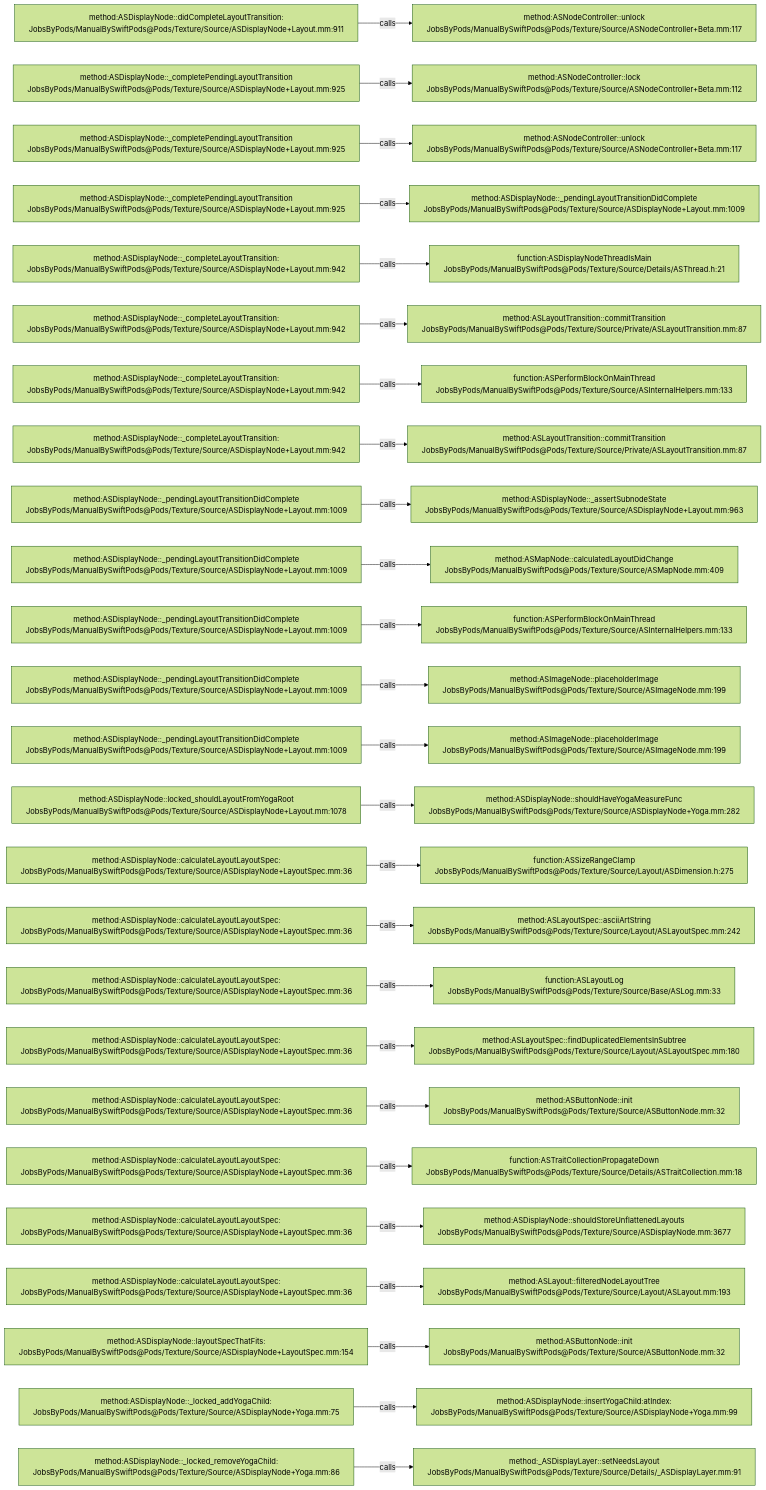
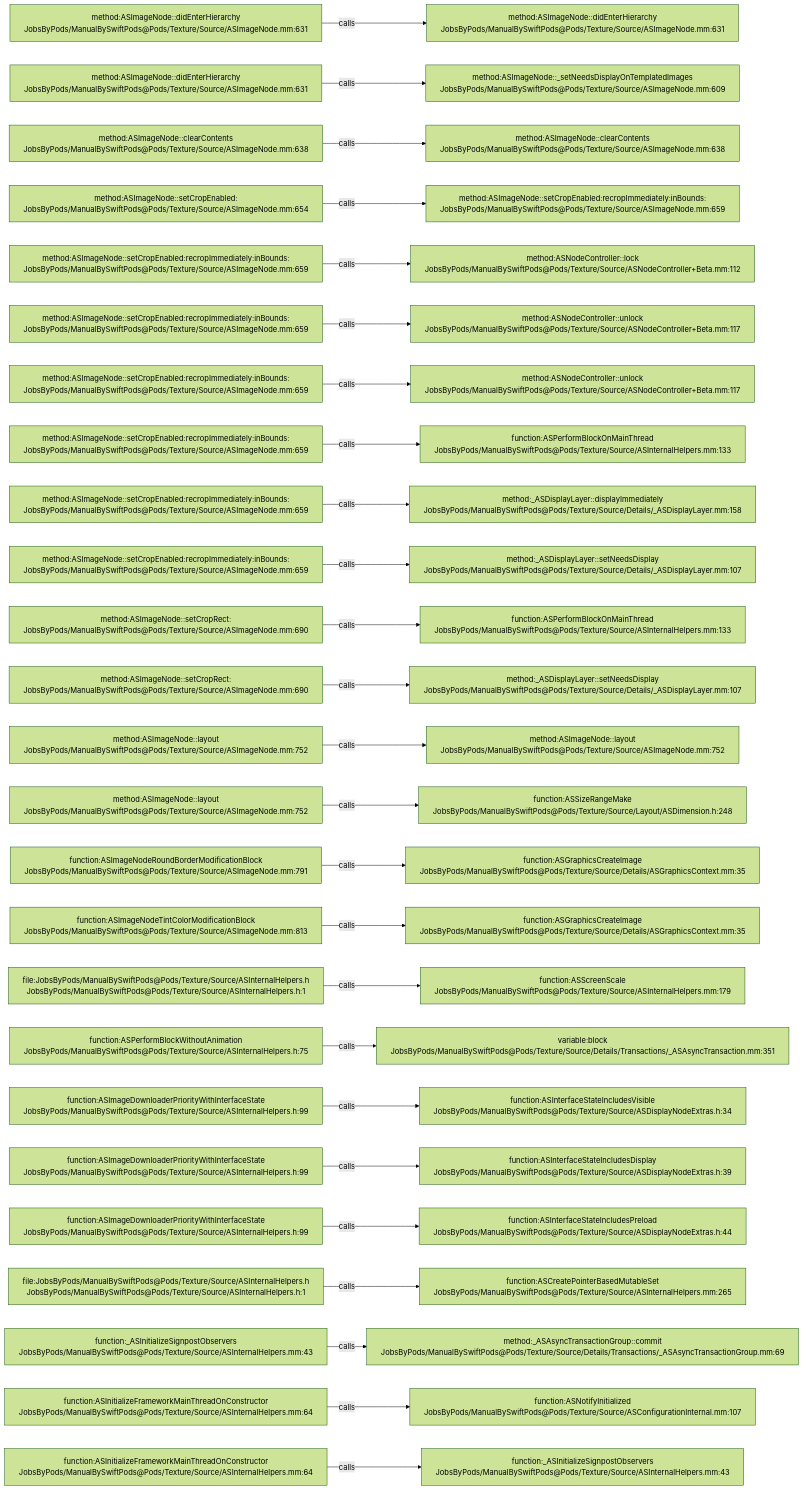
One commit to JobsKits/JobsSwiftBaseConfigDemo changed the diagram in .codegraph/codegraph.md/graphs/calls-043.md. Above: the diagram before and after it, drawn with Mermaid (forest theme). The commit also changed 832 other files, not shown here.

````diff
--- a/.codegraph/codegraph.md/graphs/calls-043.md
+++ b/.codegraph/codegraph.md/graphs/calls-043.md
@@ -13,78 +13,78 @@
 ```mermaid
 flowchart LR
-  S1["method:ASDisplayNode::didCompleteLayoutTransition:<br/>JobsByPods/ManualBySwiftPods@Pods/Texture/Source/ASDisplayNode+Layout.mm:911"]
-  T1["method:ASNodeController::unlock<br/>JobsByPods/ManualBySwiftPods@Pods/Texture/Source/ASNodeController+Beta.mm:117"]
+  S1["method:ASImageNode::didEnterHierarchy<br/>JobsByPods/ManualBySwiftPods@Pods/Texture/Source/ASImageNode.mm:631"]
+  T1["method:ASImageNode::didEnterHierarchy<br/>JobsByPods/ManualBySwiftPods@Pods/Texture/Source/ASImageNode.mm:631"]
   S1 -->|calls| T1
-  S2["method:ASDisplayNode::_completePendingLayoutTransition<br/>JobsByPods/ManualBySwiftPods@Pods/Texture/Source/ASDisplayNode+Layout.mm:925"]
-  T2["method:ASNodeController::lock<br/>JobsByPods/ManualBySwiftPods@Pods/Texture/Source/ASNodeController+Beta.mm:112"]
+  S2["method:ASImageNode::didEnterHierarchy<br/>JobsByPods/ManualBySwiftPods@Pods/Texture/Source/ASImageNode.mm:631"]
+  T2["method:ASImageNode::_setNeedsDisplayOnTemplatedImages<br/>JobsByPods/ManualBySwiftPods@Pods/Texture/Source/ASImageNode.mm:609"]
   S2 -->|calls| T2
-  S3["method:ASDisplayNode::_completePendingLayoutTransition<br/>JobsByPods/ManualBySwiftPods@Pods/Texture/Source/ASDisplayNode+Layout.mm:925"]
-  T3["method:ASNodeController::unlock<br/>JobsByPods/ManualBySwiftPods@Pods/Texture/Source/ASNodeController+Beta.mm:117"]
+  S3["method:ASImageNode::clearContents<br/>JobsByPods/ManualBySwiftPods@Pods/Texture/Source/ASImageNode.mm:638"]
+  T3["method:ASImageNode::clearContents<br/>JobsByPods/ManualBySwiftPods@Pods/Texture/Source/ASImageNode.mm:638"]
   S3 -->|calls| T3
-  S4["method:ASDisplayNode::_completePendingLayoutTransition<br/>JobsByPods/ManualBySwiftPods@Pods/Texture/Source/ASDisplayNode+Layout.mm:925"]
-  T4["method:ASDisplayNode::_pendingLayoutTransitionDidComplete<br/>JobsByPods/ManualBySwiftPods@Pods/Texture/Source/ASDisplayNode+Layout.mm:1009"]
+  S4["method:ASImageNode::setCropEnabled:<br/>JobsByPods/ManualBySwiftPods@Pods/Texture/Source/ASImageNode.mm:654"]
+  T4["method:ASImageNode::setCropEnabled:recropImmediately:inBounds:<br/>JobsByPods/ManualBySwiftPods@Pods/Texture/Source/ASImageNode.mm:659"]
   S4 -->|calls| T4
-  S5["method:ASDisplayNode::_completeLayoutTransition:<br/>JobsByPods/ManualBySwiftPods@Pods/Texture/Source/ASDisplayNode+Layout.mm:942"]
-  T5["function:ASDisplayNodeThreadIsMain<br/>JobsByPods/ManualBySwiftPods@Pods/Texture/Source/Details/ASThread.h:21"]
+  S5["method:ASImageNode::setCropEnabled:recropImmediately:inBounds:<br/>JobsByPods/ManualBySwiftPods@Pods/Texture/Source/ASImageNode.mm:659"]
+  T5["method:ASNodeController::lock<br/>JobsByPods/ManualBySwiftPods@Pods/Texture/Source/ASNodeController+Beta.mm:112"]
   S5 -->|calls| T5
-  S6["method:ASDisplayNode::_completeLayoutTransition:<br/>JobsByPods/ManualBySwiftPods@Pods/Texture/Source/ASDisplayNode+Layout.mm:942"]
-  T6["method:ASLayoutTransition::commitTransition<br/>JobsByPods/ManualBySwiftPods@Pods/Texture/Source/Private/ASLayoutTransition.mm:87"]
+  S6["method:ASImageNode::setCropEnabled:recropImmediately:inBounds:<br/>JobsByPods/ManualBySwiftPods@Pods/Texture/Source/ASImageNode.mm:659"]
+  T6["method:ASNodeController::unlock<br/>JobsByPods/ManualBySwiftPods@Pods/Texture/Source/ASNodeController+Beta.mm:117"]
   S6 -->|calls| T6
-  S7["method:ASDisplayNode::_completeLayoutTransition:<br/>JobsByPods/ManualBySwiftPods@Pods/Texture/Source/ASDisplayNode+Layout.mm:942"]
-  T7["function:ASPerformBlockOnMainThread<br/>JobsByPods/ManualBySwiftPods@Pods/Texture/Source/ASInternalHelpers.mm:133"]
+  S7["method:ASImageNode::setCropEnabled:recropImmediately:inBounds:<br/>JobsByPods/ManualBySwiftPods@Pods/Texture/Source/ASImageNode.mm:659"]
+  T7["method:ASNodeController::unlock<br/>JobsByPods/ManualBySwiftPods@Pods/Texture/Source/ASNodeController+Beta.mm:117"]
   S7 -->|calls| T7
-  S8["method:ASDisplayNode::_completeLayoutTransition:<br/>JobsByPods/ManualBySwiftPods@Pods/Texture/Source/ASDisplayNode+Layout.mm:942"]
-  T8["method:ASLayoutTransition::commitTransition<br/>JobsByPods/ManualBySwiftPods@Pods/Texture/Source/Private/ASLayoutTransition.mm:87"]
+  S8["method:ASImageNode::setCropEnabled:recropImmediately:inBounds:<br/>JobsByPods/ManualBySwiftPods@Pods/Texture/Source/ASImageNode.mm:659"]
+  T8["function:ASPerformBlockOnMainThread<br/>JobsByPods/ManualBySwiftPods@Pods/Texture/Source/ASInternalHelpers.mm:133"]
   S8 -->|calls| T8
-  S9["method:ASDisplayNode::_pendingLayoutTransitionDidComplete<br/>JobsByPods/ManualBySwiftPods@Pods/Texture/Source/ASDisplayNode+Layout.mm:1009"]
-  T9["method:ASDisplayNode::_assertSubnodeState<br/>JobsByPods/ManualBySwiftPods@Pods/Texture/Source/ASDisplayNode+Layout.mm:963"]
+  S9["method:ASImageNode::setCropEnabled:recropImmediately:inBounds:<br/>JobsByPods/ManualBySwiftPods@Pods/Texture/Source/ASImageNode.mm:659"]
+  T9["method:_ASDisplayLayer::displayImmediately<br/>JobsByPods/ManualBySwiftPods@Pods/Texture/Source/Details/_ASDisplayLayer.mm:158"]
   S9 -->|calls| T9
-  S10["method:ASDisplayNode::_pendingLayoutTransitionDidComplete<br/>JobsByPods/ManualBySwiftPods@Pods/Texture/Source/ASDisplayNode+Layout.mm:1009"]
-  T10["method:ASMapNode::calculatedLayoutDidChange<br/>JobsByPods/ManualBySwiftPods@Pods/Texture/Source/ASMapNode.mm:409"]
+  S10["method:ASImageNode::setCropEnabled:recropImmediately:inBounds:<br/>JobsByPods/ManualBySwiftPods@Pods/Texture/Source/ASImageNode.mm:659"]
+  T10["method:_ASDisplayLayer::setNeedsDisplay<br/>JobsByPods/ManualBySwiftPods@Pods/Texture/Source/Details/_ASDisplayLayer.mm:107"]
   S10 -->|calls| T10
-  S11["method:ASDisplayNode::_pendingLayoutTransitionDidComplete<br/>JobsByPods/ManualBySwiftPods@Pods/Texture/Source/ASDisplayNode+Layout.mm:1009"]
+  S11["method:ASImageNode::setCropRect:<br/>JobsByPods/ManualBySwiftPods@Pods/Texture/Source/ASImageNode.mm:690"]
   T11["function:ASPerformBlockOnMainThread<br/>JobsByPods/ManualBySwiftPods@Pods/Texture/Source/ASInternalHelpers.mm:133"]
   S11 -->|calls| T11
-  S12["method:ASDisplayNode::_pendingLayoutTransitionDidComplete<br/>JobsByPods/ManualBySwiftPods@Pods/Texture/Source/ASDisplayNode+Layout.mm:1009"]
-  T12["method:ASImageNode::placeholderImage<br/>JobsByPods/ManualBySwiftPods@Pods/Texture/Source/ASImageNode.mm:199"]
+  S12["method:ASImageNode::setCropRect:<br/>JobsByPods/ManualBySwiftPods@Pods/Texture/Source/ASImageNode.mm:690"]
+  T12["method:_ASDisplayLayer::setNeedsDisplay<br/>JobsByPods/ManualBySwiftPods@Pods/Texture/Source/Details/_ASDisplayLayer.mm:107"]
   S12 -->|calls| T12
-  S13["method:ASDisplayNode::_pendingLayoutTransitionDidComplete<br/>JobsByPods/ManualBySwiftPods@Pods/Texture/Source/ASDisplayNode+Layout.mm:1009"]
-  T13["method:ASImageNode::placeholderImage<br/>JobsByPods/ManualBySwiftPods@Pods/Texture/Source/ASImageNode.mm:199"]
+  S13["method:ASImageNode::layout<br/>JobsByPods/ManualBySwiftPods@Pods/Texture/Source/ASImageNode.mm:752"]
+  T13["method:ASImageNode::layout<br/>JobsByPods/ManualBySwiftPods@Pods/Texture/Source/ASImageNode.mm:752"]
   S13 -->|calls| T13
-  S14["method:ASDisplayNode::locked_shouldLayoutFromYogaRoot<br/>JobsByPods/ManualBySwiftPods@Pods/Texture/Source/ASDisplayNode+Layout.mm:1078"]
-  T14["method:ASDisplayNode::shouldHaveYogaMeasureFunc<br/>JobsByPods/ManualBySwiftPods@Pods/Texture/Source/ASDisplayNode+Yoga.mm:282"]
+  S14["method:ASImageNode::layout<br/>JobsByPods/ManualBySwiftPods@Pods/Texture/Source/ASImageNode.mm:752"]
+  T14["function:ASSizeRangeMake<br/>JobsByPods/ManualBySwiftPods@Pods/Texture/Source/Layout/ASDimension.h:248"]
   S14 -->|calls| T14
-  S15["method:ASDisplayNode::calculateLayoutLayoutSpec:<br/>JobsByPods/ManualBySwiftPods@Pods/Texture/Source/ASDisplayNode+LayoutSpec.mm:36"]
-  T15["function:ASSizeRangeClamp<br/>JobsByPods/ManualBySwiftPods@Pods/Texture/Source/Layout/ASDimension.h:275"]
+  S15["function:ASImageNodeRoundBorderModificationBlock<br/>JobsByPods/ManualBySwiftPods@Pods/Texture/Source/ASImageNode.mm:791"]
+  T15["function:ASGraphicsCreateImage<br/>JobsByPods/ManualBySwiftPods@Pods/Texture/Source/Details/ASGraphicsContext.mm:35"]
   S15 -->|calls| T15
-  S16["method:ASDisplayNode::calculateLayoutLayoutSpec:<br/>JobsByPods/ManualBySwiftPods@Pods/Texture/Source/ASDisplayNode+LayoutSpec.mm:36"]
-  T16["method:ASLayoutSpec::asciiArtString<br/>JobsByPods/ManualBySwiftPods@Pods/Texture/Source/Layout/ASLayoutSpec.mm:242"]
+  S16["function:ASImageNodeTintColorModificationBlock<br/>JobsByPods/ManualBySwiftPods@Pods/Texture/Source/ASImageNode.mm:813"]
+  T16["function:ASGraphicsCreateImage<br/>JobsByPods/ManualBySwiftPods@Pods/Texture/Source/Details/ASGraphicsContext.mm:35"]
   S16 -->|calls| T16
-  S17["method:ASDisplayNode::calculateLayoutLayoutSpec:<br/>JobsByPods/ManualBySwiftPods@Pods/Texture/Source/ASDisplayNode+LayoutSpec.mm:36"]
-  T17["function:ASLayoutLog<br/>JobsByPods/ManualBySwiftPods@Pods/Texture/Source/Base/ASLog.mm:33"]
+  S17["file:JobsByPods/ManualBySwiftPods@Pods/Texture/Source/ASInternalHelpers.h<br/>JobsByPods/ManualBySwiftPods@Pods/Texture/Source/ASInternalHelpers.h:1"]
+  T17["function:ASScreenScale<br/>JobsByPods/ManualBySwiftPods@Pods/Texture/Source/ASInternalHelpers.mm:179"]
   S17 -->|calls| T17
-  S18["method:ASDisplayNode::calculateLayoutLayoutSpec:<br/>JobsByPods/ManualBySwiftPods@Pods/Texture/Source/ASDisplayNode+LayoutSpec.mm:36"]
-  T18["method:ASLayoutSpec::findDuplicatedElementsInSubtree<br/>JobsByPods/ManualBySwiftPods@Pods/Texture/Source/Layout/ASLayoutSpec.mm:180"]
+  S18["function:ASPerformBlockWithoutAnimation<br/>JobsByPods/ManualBySwiftPods@Pods/Texture/Source/ASInternalHelpers.h:75"]
+  T18["variable:block<br/>JobsByPods/ManualBySwiftPods@Pods/Texture/Source/Details/Transactions/_ASAsyncTransaction.mm:351"]
   S18 -->|calls| T18
-  S19["method:ASDisplayNode::calculateLayoutLayoutSpec:<br/>JobsByPods/ManualBySwiftPods@Pods/Texture/Source/ASDisplayNode+LayoutSpec.mm:36"]
-  T19["method:ASButtonNode::init<br/>JobsByPods/ManualBySwiftPods@Pods/Texture/Source/ASButtonNode.mm:32"]
+  S19["function:ASImageDownloaderPriorityWithInterfaceState<br/>JobsByPods/ManualBySwiftPods@Pods/Texture/Source/ASInternalHelpers.h:99"]
+  T19["function:ASInterfaceStateIncludesVisible<br/>JobsByPods/ManualBySwiftPods@Pods/Texture/Source/ASDisplayNodeExtras.h:34"]
   S19 -->|calls| T19
-  S20["method:ASDisplayNode::calculateLayoutLayoutSpec:<br/>JobsByPods/ManualBySwiftPods@Pods/Texture/Source/ASDisplayNode+LayoutSpec.mm:36"]
-  T20["function:ASTraitCollectionPropagateDown<br/>JobsByPods/ManualBySwiftPods@Pods/Texture/Source/Details/ASTraitCollection.mm:18"]
+  S20["function:ASImageDownloaderPriorityWithInterfaceState<br/>JobsByPods/ManualBySwiftPods@Pods/Texture/Source/ASInternalHelpers.h:99"]
+  T20["function:ASInterfaceStateIncludesDisplay<br/>JobsByPods/ManualBySwiftPods@Pods/Texture/Source/ASDisplayNodeExtras.h:39"]
   S20 -->|calls| T20
-  S21["method:ASDisplayNode::calculateLayoutLayoutSpec:<br/>JobsByPods/ManualBySwiftPods@Pods/Texture/Source/ASDisplayNode+LayoutSpec.mm:36"]
-  T21["method:ASDisplayNode::shouldStoreUnflattenedLayouts<br/>JobsByPods/ManualBySwiftPods@Pods/Texture/Source/ASDisplayNode.mm:3677"]
+  S21["function:ASImageDownloaderPriorityWithInterfaceState<br/>JobsByPods/ManualBySwiftPods@Pods/Texture/Source/ASInternalHelpers.h:99"]
+  T21["function:ASInterfaceStateIncludesPreload<br/>JobsByPods/ManualBySwiftPods@Pods/Texture/Source/ASDisplayNodeExtras.h:44"]
   S21 -->|calls| T21
-  S22["method:ASDisplayNode::calculateLayoutLayoutSpec:<br/>JobsByPods/ManualBySwiftPods@Pods/Texture/Source/ASDisplayNode+LayoutSpec.mm:36"]
-  T22["method:ASLayout::filteredNodeLayoutTree<br/>JobsByPods/ManualBySwiftPods@Pods/Texture/Source/Layout/ASLayout.mm:193"]
+  S22["file:JobsByPods/ManualBySwiftPods@Pods/Texture/Source/ASInternalHelpers.h<br/>JobsByPods/ManualBySwiftPods@Pods/Texture/Source/ASInternalHelpers.h:1"]
+  T22["function:ASCreatePointerBasedMutableSet<br/>JobsByPods/ManualBySwiftPods@Pods/Texture/Source/ASInternalHelpers.mm:265"]
   S22 -->|calls| T22
-  S23["method:ASDisplayNode::layoutSpecThatFits:<br/>JobsByPods/ManualBySwiftPods@Pods/Texture/Source/ASDisplayNode+LayoutSpec.mm:154"]
-  T23["method:ASButtonNode::init<br/>JobsByPods/ManualBySwiftPods@Pods/Texture/Source/ASButtonNode.mm:32"]
+  S23["function:_ASInitializeSignpostObservers<br/>JobsByPods/ManualBySwiftPods@Pods/Texture/Source/ASInternalHelpers.mm:43"]
+  T23["method:_ASAsyncTransactionGroup::commit<br/>JobsByPods/ManualBySwiftPods@Pods/Texture/Source/Details/Transactions/_ASAsyncTransactionGroup.mm:69"]
   S23 -->|calls| T23
-  S24["method:ASDisplayNode::_locked_addYogaChild:<br/>JobsByPods/ManualBySwiftPods@Pods/Texture/Source/ASDisplayNode+Yoga.mm:75"]
-  T24["method:ASDisplayNode::insertYogaChild:atIndex:<br/>JobsByPods/ManualBySwiftPods@Pods/Texture/Source/ASDisplayNode+Yoga.mm:99"]
+  S24["function:ASInitializeFrameworkMainThreadOnConstructor<br/>JobsByPods/ManualBySwiftPods@Pods/Texture/Source/ASInternalHelpers.mm:64"]
+  T24["function:ASNotifyInitialized<br/>JobsByPods/ManualBySwiftPods@Pods/Texture/Source/ASConfigurationInternal.mm:107"]
   S24 -->|calls| T24
-  S25["method:ASDisplayNode::_locked_removeYogaChild:<br/>JobsByPods/ManualBySwiftPods@Pods/Texture/Source/ASDisplayNode+Yoga.mm:86"]
-  T25["method:_ASDisplayLayer::setNeedsLayout<br/>JobsByPods/ManualBySwiftPods@Pods/Texture/Source/Details/_ASDisplayLayer.mm:91"]
+  S25["function:ASInitializeFrameworkMainThreadOnConstructor<br/>JobsByPods/ManualBySwiftPods@Pods/Texture/Source/ASInternalHelpers.mm:64"]
+  T25["function:_ASInitializeSignpostObservers<br/>JobsByPods/ManualBySwiftPods@Pods/Texture/Source/ASInternalHelpers.mm:43"]
   S25 -->|calls| T25
 ```
````
